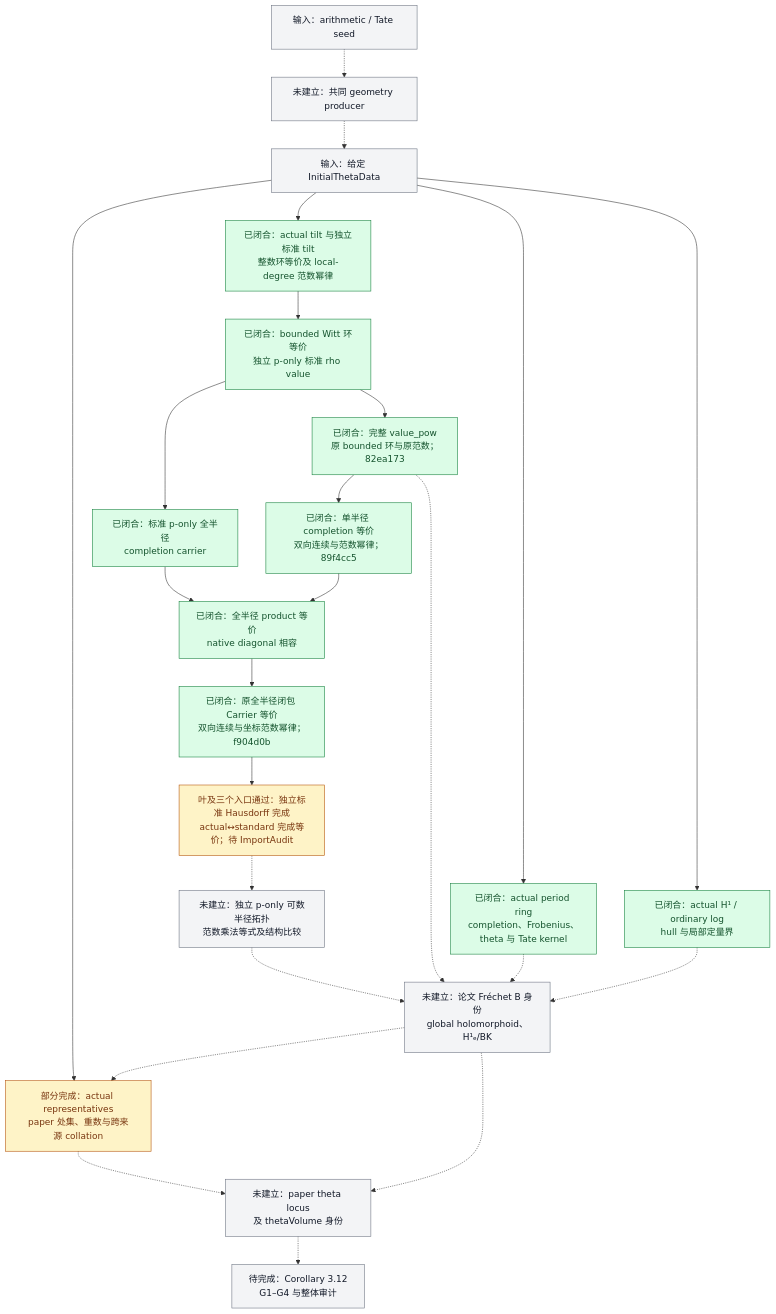
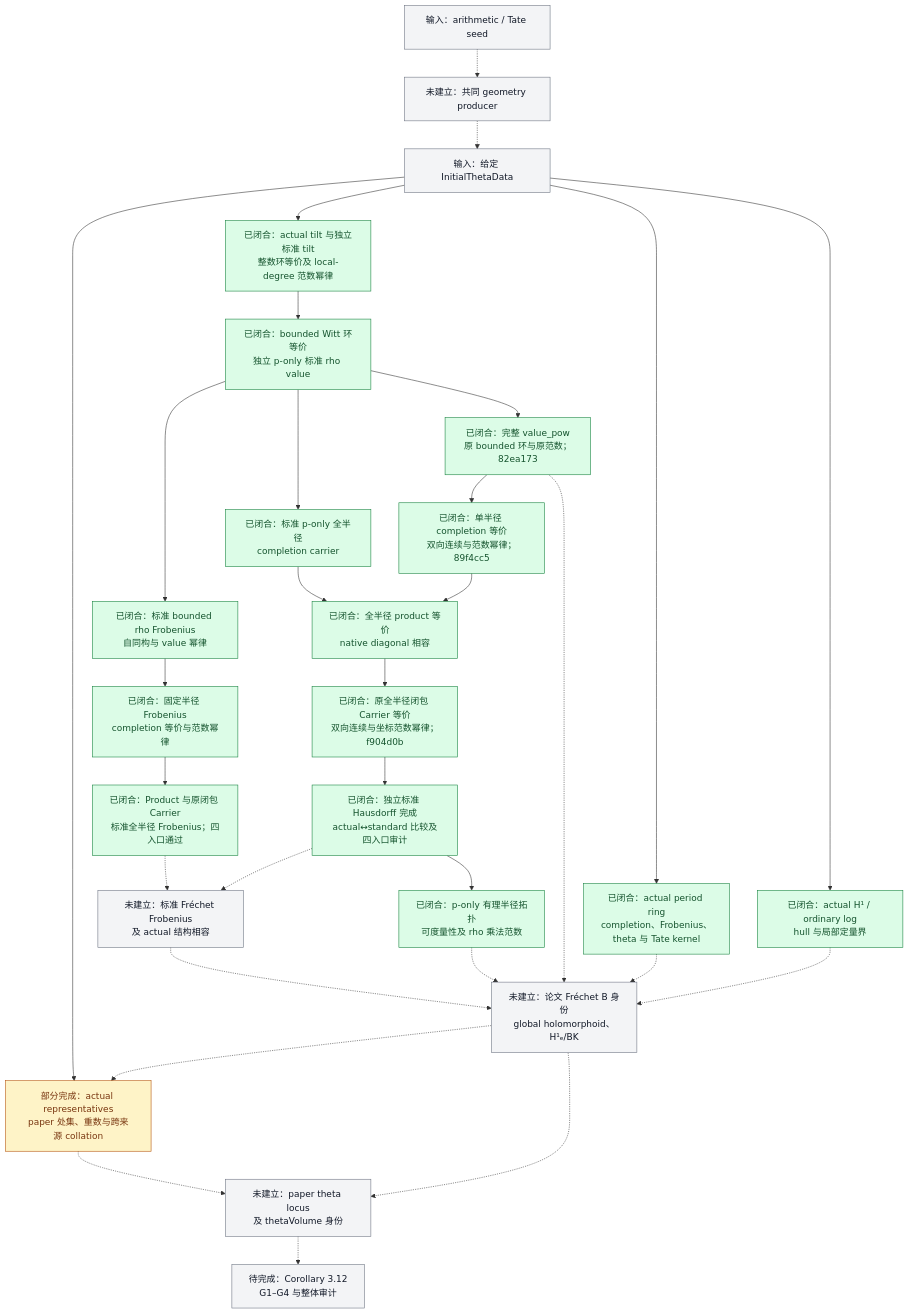
Before and after one commit to Ember-Institute/KirtiJoshi-abc: the diagram in docs/Scene1进度总览.md, drawn with Mermaid. The commit also changed other lines of this file and 8 other files, not shown here.

Commit message:
Extend standard Frobenius through radius completions and closure

````diff
--- a/docs/Scene1进度总览.md
+++ b/docs/Scene1进度总览.md
@@ -68,52 +68,62 @@
 ```mermaid
 flowchart TD
     S["输入：arithmetic / Tate seed"]
     P["未建立：共同 geometry producer"]
     D["输入：给定 InitialThetaData"]
     T["已闭合：actual tilt 与独立标准 tilt<br/>整数环等价及 local-degree 范数幂律"]
     E["已闭合：bounded Witt 环等价<br/>独立 p-only 标准 rho value"]
     W["已闭合：标准 p-only 全半径<br/>completion carrier"]
     V["已闭合：完整 value_pow<br/>原 bounded 环与原范数；82ea173"]
     Q["已闭合：单半径 completion 等价<br/>双向连续与范数幂律；89f4cc5"]
     U["已闭合：全半径 product 等价<br/>native diagonal 相容"]
     A["已闭合：原全半径闭包 Carrier 等价<br/>双向连续与坐标范数幂律；f904d0b"]
-    C0["叶及三个入口通过：独立标准 Hausdorff 完成<br/>actual↔standard 完成等价；待 ImportAudit"]
-    M["未建立：独立 p-only 可数半径拓扑<br/>范数乘法等式及结构比较"]
+    C0["已闭合：独立标准 Hausdorff 完成<br/>actual↔standard 比较及四入口审计"]
+    M["已闭合：p-only 有理半径拓扑<br/>可度量性及 rho 乘法范数"]
+    F0["已闭合：标准 bounded rho Frobenius<br/>自同构与 value 幂律"]
+    F1["已闭合：固定半径 Frobenius<br/>completion 等价与范数幂律"]
+    F2["已闭合：Product 与原闭包 Carrier<br/>标准全半径 Frobenius；四入口通过"]
+    F3["未建立：标准 Fréchet Frobenius<br/>及 actual 结构相容"]
     F["已闭合：actual period ring<br/>completion、Frobenius、theta 与 Tate kernel"]
     H["已闭合：actual H¹ / ordinary log<br/>hull 与局部定量界"]
     B["未建立：论文 Fréchet B 身份<br/>global holomorphoid、H¹ₑ/BK"]
     R["部分完成：actual representatives<br/>paper 处集、重数与跨来源 collation"]
     L["未建立：paper theta locus<br/>及 thetaVolume 身份"]
     C["待完成：Corollary 3.12<br/>G1–G4 与整体审计"]
 
     S -.-> P
     P -.-> D
     D --> T
     T --> E
     E --> W
     E --> V
     V --> Q
     W --> U
     Q --> U
     U --> A
     A --> C0
-    C0 -.-> M
+    C0 --> M
+    E --> F0
+    F0 --> F1
+    F1 --> F2
+    F2 -.-> F3
+    C0 -.-> F3
+    F3 -.-> B
     M -.-> B
     D --> F
     D --> H
     V -.-> B
     F -.-> B
     H -.-> B
     D --> R
     B -.-> R
     R -.-> L
     B -.-> L
     L -.-> C
 
     classDef done fill:#dcfce7,stroke:#15803d,color:#14532d;
     classDef partial fill:#fef3c7,stroke:#b45309,color:#78350f;
     classDef open fill:#f3f4f6,stroke:#6b7280,color:#111827;
-    class T,E,W,V,Q,U,A,F,H done;
-    class C0,R partial;
-    class S,D,P,M,B,L,C open;
+    class T,E,W,V,Q,U,A,C0,M,F0,F1,F2,F,H done;
+    class R partial;
+    class S,D,P,F3,B,L,C open;
 ```
````
